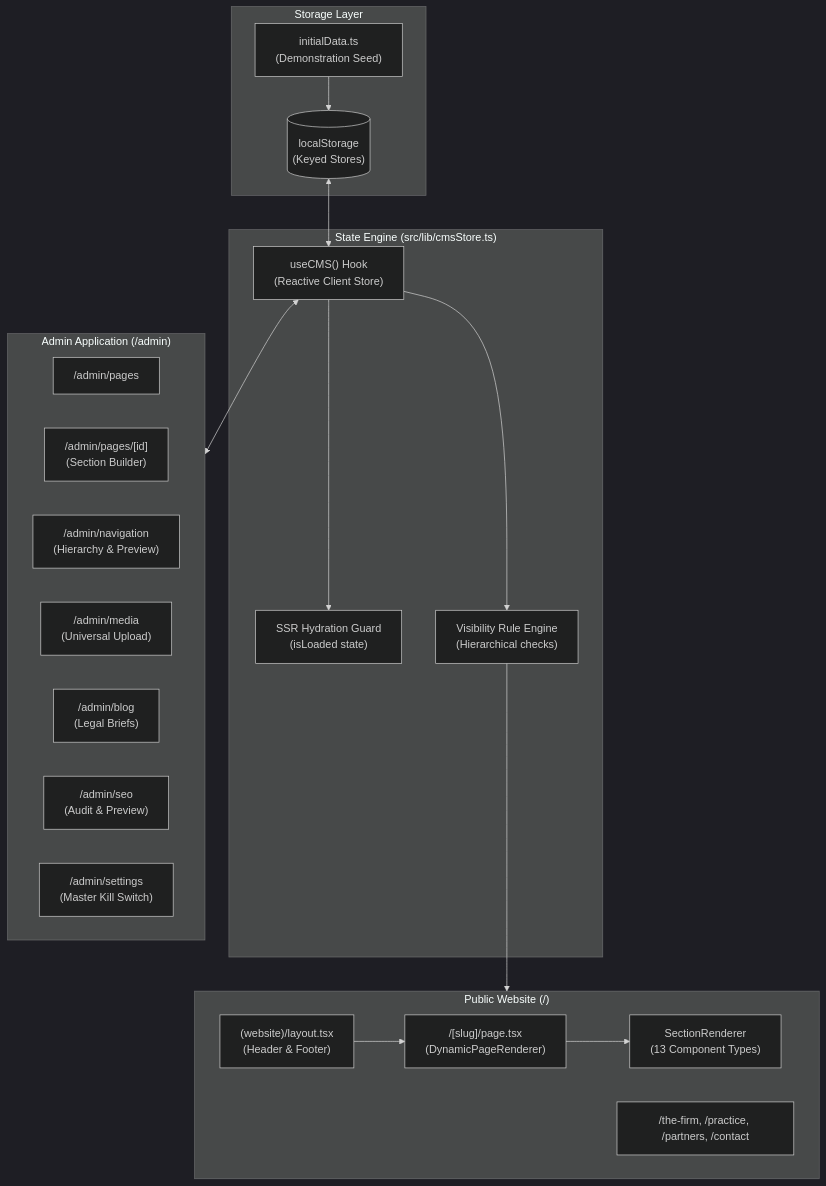
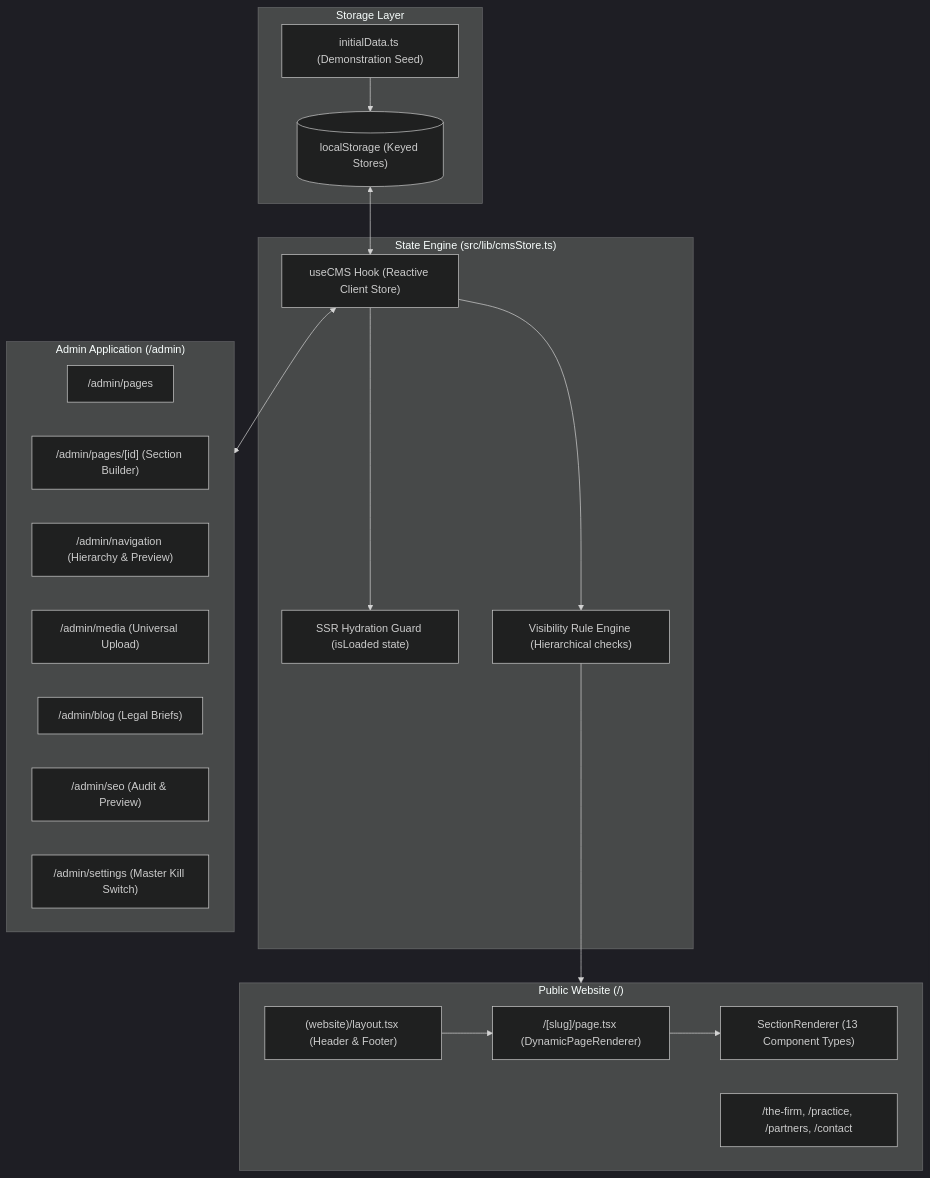
One commit to p6remant/cms_law_frontend_ui changed the first of 4 diagrams in IMPLEMENTATION.md. Above: the diagram before and after it, drawn with Mermaid (dark theme). The commit also changed other lines of this file and 39 other files, not shown here.

First line of the commit message:
feat(templates): implement dual-template architecture with Template 2 Editorial Chambers UI

````diff
--- a/IMPLEMENTATION.md
+++ b/IMPLEMENTATION.md
@@ -56,39 +57,39 @@
 ```mermaid
 flowchart TD
     subgraph Storage["Storage Layer"]
-        LS[("localStorage\n(Keyed Stores)")]
-        Init["initialData.ts\n(Demonstration Seed)"]
+        LS[("localStorage (Keyed Stores)")]
+        Init["initialData.ts (Demonstration Seed)"]
     end
 
     subgraph Store["State Engine (src/lib/cmsStore.ts)"]
-        Hook["useCMS() Hook\n(Reactive Client Store)"]
-        Hydrate["SSR Hydration Guard\n(isLoaded state)"]
-        Rules["Visibility Rule Engine\n(Hierarchical checks)"]
+        Hook["useCMS Hook (Reactive Client Store)"]
+        Hydrate["SSR Hydration Guard (isLoaded state)"]
+        Rules["Visibility Rule Engine (Hierarchical checks)"]
     end
 
     subgraph AdminApp["Admin Application (/admin)"]
         PagesList["/admin/pages"]
-        PageBuilder["/admin/pages/[id]\n(Section Builder)"]
-        NavMgr["/admin/navigation\n(Hierarchy & Preview)"]
-        MediaMgr["/admin/media\n(Universal Upload)"]
-        BlogMgr["/admin/blog\n(Legal Briefs)"]
-        SEOMgr["/admin/seo\n(Audit & Preview)"]
-        SettingsMgr["/admin/settings\n(Master Kill Switch)"]
+        PageBuilder["/admin/pages/[id] (Section Builder)"]
+        NavMgr["/admin/navigation (Hierarchy & Preview)"]
+        MediaMgr["/admin/media (Universal Upload)"]
+        BlogMgr["/admin/blog (Legal Briefs)"]
+        SEOMgr["/admin/seo (Audit & Preview)"]
+        SettingsMgr["/admin/settings (Master Kill Switch)"]
     end
 
     subgraph PublicApp["Public Website (/)"]
-        PublicLayout["(website)/layout.tsx\n(Header & Footer)"]
+        PublicLayout["(website)/layout.tsx (Header & Footer)"]
         StaticRoutes["/the-firm, /practice, /partners, /contact"]
-        CatchAll["/[slug]/page.tsx\n(DynamicPageRenderer)"]
-        SectionRenderer["SectionRenderer\n(13 Component Types)"]
+        CatchAll["/[slug]/page.tsx (DynamicPageRenderer)"]
+        SectionRenderer["SectionRenderer (13 Component Types)"]
     end
 
     Init --> LS
     LS <--> Hook
     Hook --> Hydrate
     Hook --> Rules
     Hook <--> AdminApp
     Rules --> PublicApp
     PublicLayout --> CatchAll
     CatchAll --> SectionRenderer
 ```
````
